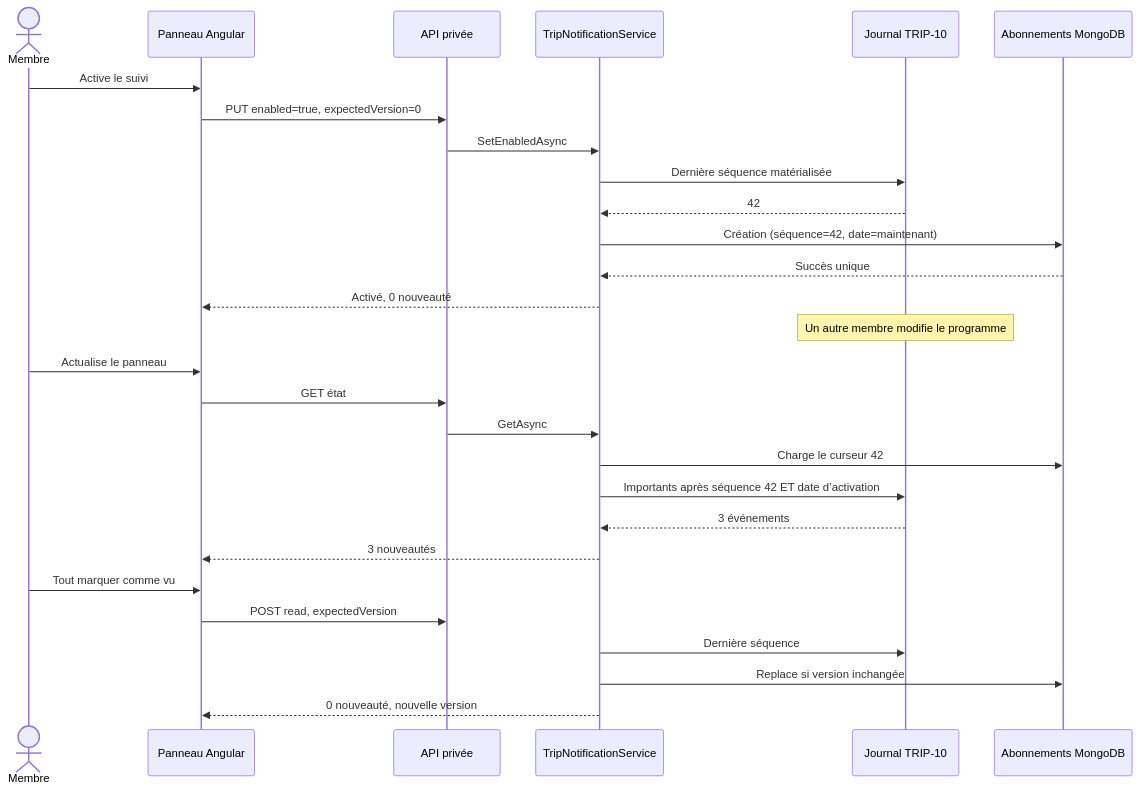
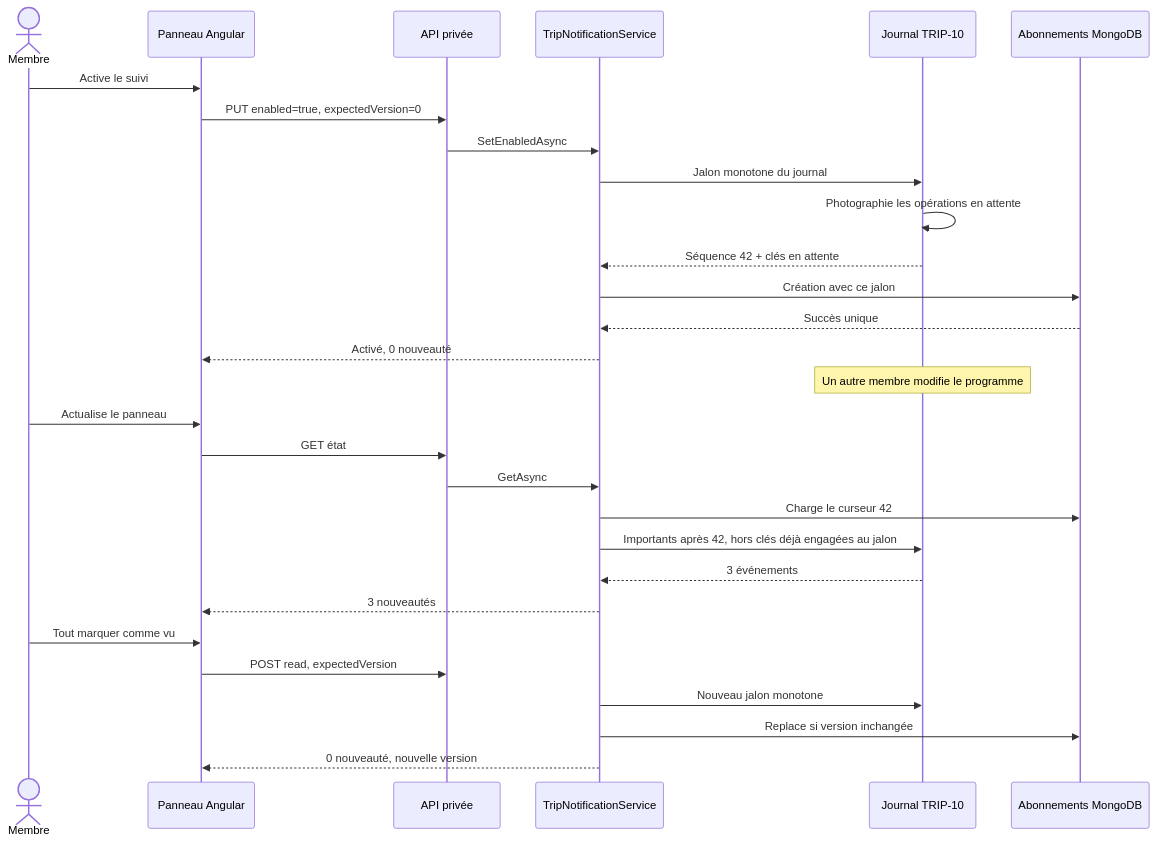
The third of 3 diagrams in docs/architecture/product-growth-trip-13-collaborative-pilot-2026-09-25.md (Ced59/AmusementParkProject), drawn with Mermaid before and after one commit. The commit also changed other lines of this file and 16 other files, not shown here.

````diff
--- a/docs/architecture/product-growth-trip-13-collaborative-pilot-2026-09-25.md
+++ b/docs/architecture/product-growth-trip-13-collaborative-pilot-2026-09-25.md
@@ -234,33 +247,34 @@
 ```mermaid
 sequenceDiagram
     actor M as Membre
     participant UI as Panneau Angular
     participant API as API privée
     participant APP as TripNotificationService
     participant AUDIT as Journal TRIP-10
     participant SUB as Abonnements MongoDB
 
     M->>UI: Active le suivi
     UI->>API: PUT enabled=true, expectedVersion=0
     API->>APP: SetEnabledAsync
-    APP->>AUDIT: Dernière séquence matérialisée
-    AUDIT-->>APP: 42
-    APP->>SUB: Création (séquence=42, date=maintenant)
+    APP->>AUDIT: Jalon monotone du journal
+    AUDIT->>AUDIT: Photographie les opérations en attente
+    AUDIT-->>APP: Séquence 42 + clés en attente
+    APP->>SUB: Création avec ce jalon
     SUB-->>APP: Succès unique
     APP-->>UI: Activé, 0 nouveauté
 
     Note over AUDIT: Un autre membre modifie le programme
 
     M->>UI: Actualise le panneau
     UI->>API: GET état
     API->>APP: GetAsync
     APP->>SUB: Charge le curseur 42
-    APP->>AUDIT: Importants après séquence 42 ET date d’activation
+    APP->>AUDIT: Importants après 42, hors clés déjà engagées au jalon
     AUDIT-->>APP: 3 événements
     APP-->>UI: 3 nouveautés
     M->>UI: Tout marquer comme vu
     UI->>API: POST read, expectedVersion
-    APP->>AUDIT: Dernière séquence
+    APP->>AUDIT: Nouveau jalon monotone
     APP->>SUB: Replace si version inchangée
     APP-->>UI: 0 nouveauté, nouvelle version
 ```
````
